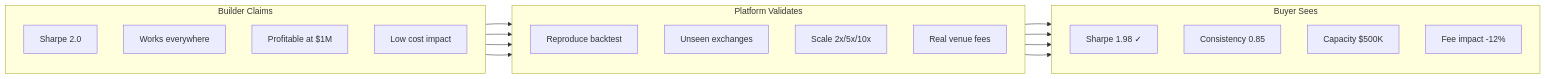
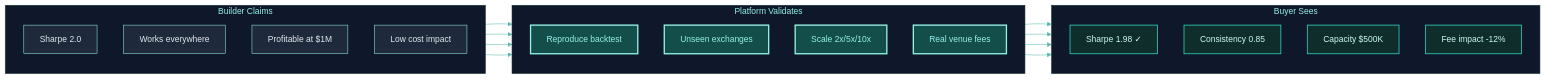
Before and after one commit to Clypt/docs: the second of 2 diagrams in platform/marketplace.mdx, drawn with Mermaid. The commit also changed other lines of this file and 73 other files, not shown here.

````diff
--- a/platform/marketplace.mdx
+++ b/platform/marketplace.mdx
@@ -66,28 +71,33 @@
 ```mermaid
+%%{init: {'theme': 'base', 'themeVariables': { 'primaryColor': '#1e293b', 'primaryTextColor': '#e2e8f0', 'primaryBorderColor': '#94F1E8', 'lineColor': '#5bb8b0', 'clusterBkg': '#0f172a', 'clusterBorder': '#1e3a3a', 'titleColor': '#94F1E8', 'edgeLabelBackground': 'transparent' }}}%%
 flowchart LR
+    classDef highlight fill:#134e4a,stroke:#94F1E8,stroke-width:2.5px,color:#94F1E8
+    classDef success fill:#0f2d2b,stroke:#2dd4bf,stroke-width:1.5px,color:#ccfbf1
     subgraph BS["Builder Claims"]
         direction TB
         B1["Sharpe 2.0"]
         B2["Works everywhere"]
         B3["Profitable at $1M"]
         B4["Low cost impact"]
     end
     subgraph PV["Platform Validates"]
         direction TB
         P1["Reproduce backtest"]
         P2["Unseen exchanges"]
         P3["Scale 2x/5x/10x"]
         P4["Real venue fees"]
     end
     subgraph BY["Buyer Sees"]
         direction TB
         Y1["Sharpe 1.98 ✓"]
         Y2["Consistency 0.85"]
         Y3["Capacity $500K"]
         Y4["Fee impact -12%"]
     end
     B1 --> P1 --> Y1
     B2 --> P2 --> Y2
     B3 --> P3 --> Y3
     B4 --> P4 --> Y4
+    class P1,P2,P3,P4 highlight
+    class Y1,Y2,Y3,Y4 success
 ```
````
